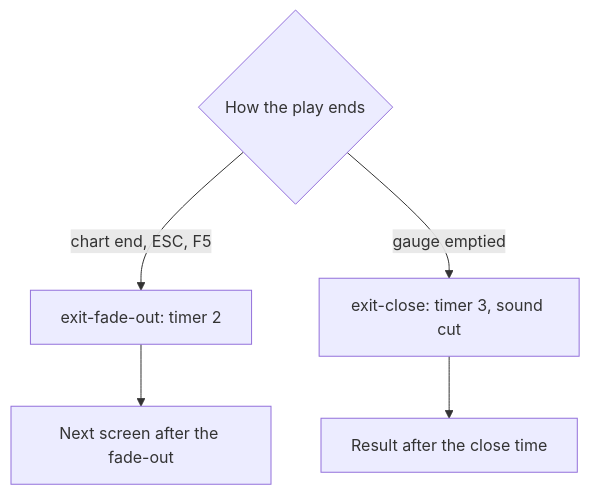
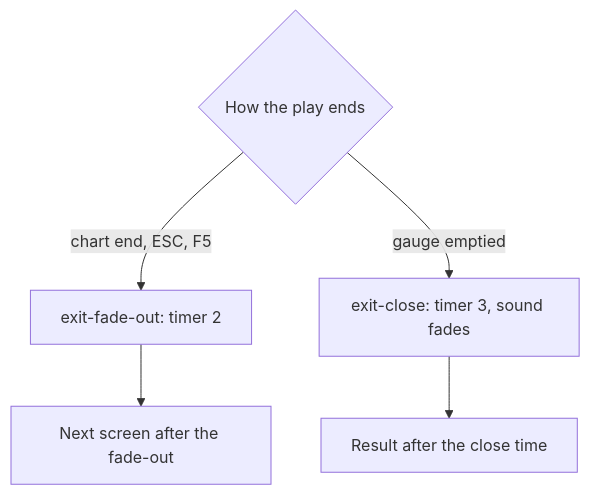
The eighth of 20 diagrams in docs/player-web.md (nulltask/be-music), drawn with Mermaid before and after one commit. The commit also changed other lines of this file and 7 other files, not shown here.

````diff
--- a/docs/player-web.md
+++ b/docs/player-web.md
@@ -475,7 +475,7 @@
   ```mermaid
   flowchart TD
     how{How the play ends} -->|chart end, ESC, F5| fade[exit-fade-out: timer 2]
     fade --> next[Next screen after the fade-out]
-    how -->|gauge emptied| stop[exit-close: timer 3, sound cut]
+    how -->|gauge emptied| stop[exit-close: timer 3, sound fades]
     stop --> result[Result after the close time]
   ```
````
